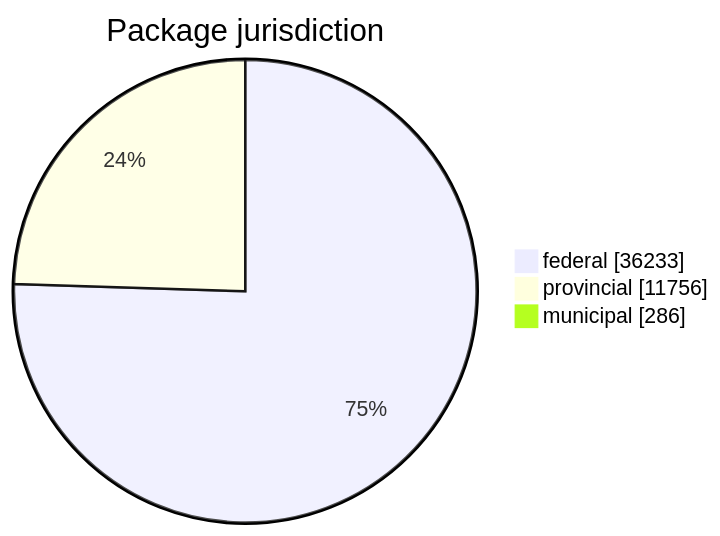
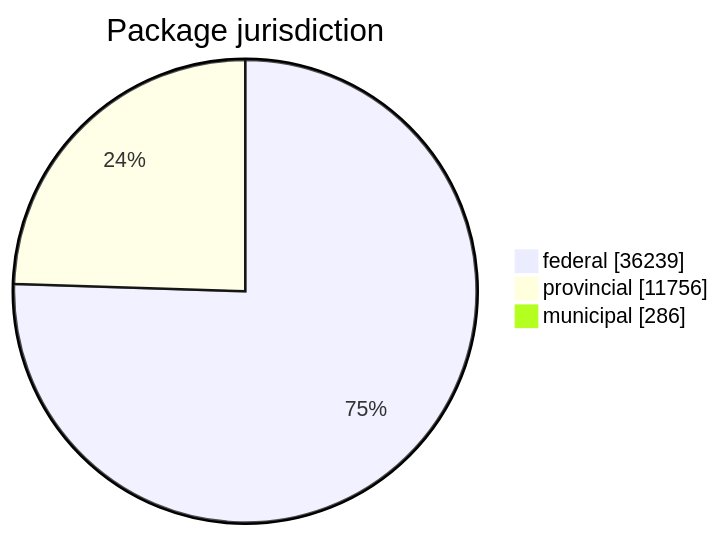
The first of 5 diagrams in FreshCheck/README.md (open-data/analytics-corporate-reporting), drawn with Mermaid before and after one commit. The commit also changed other lines of this file and 3 other files, not shown here.

````diff
--- a/FreshCheck/README.md
+++ b/FreshCheck/README.md
@@ -60,6 +60,6 @@
 ```mermaid
 pie showData title Package jurisdiction
-    "federal": 36233
+    "federal": 36239
     "provincial": 11756
     "municipal": 286
 ```
````
